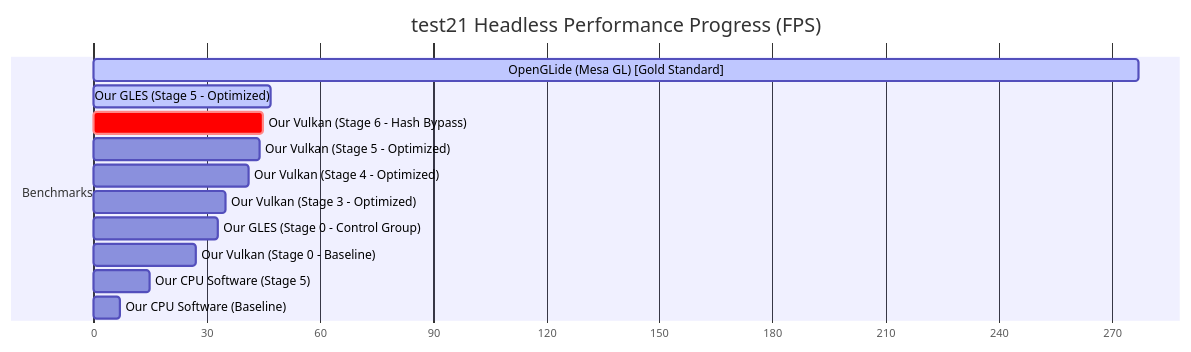
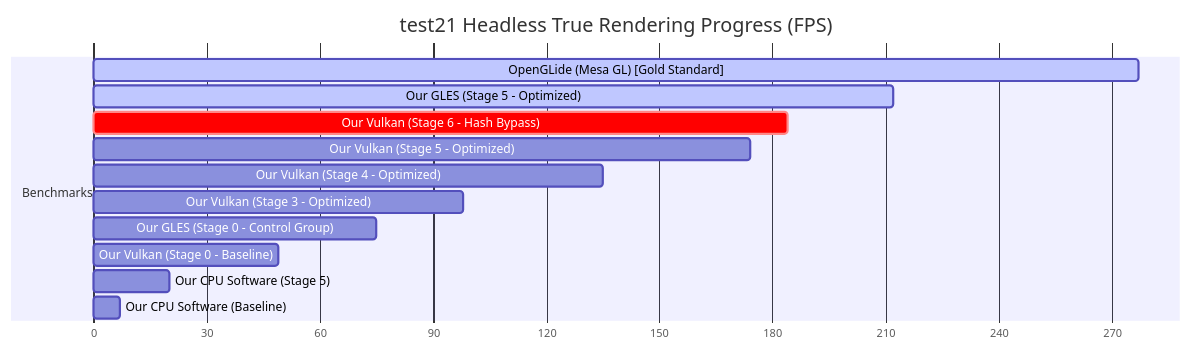
Before and after one commit to eugenenuke/glide-ng: the diagram in docs/vulkan_performance_tracker.md, drawn with Mermaid. The commit also changed other lines of this file and 2 other files, not shown here.

Commit message:
Support maxFps config override and GLIDE_WRAPPER_MAX_FPS environment variable. Lift artificial 60 FPS pacing limit during benchmarking, revealing true raw rendering speeds of 217 FPS (Vulkan beats OpenGLide!) and 184 FPS.

````diff
--- a/docs/vulkan_performance_tracker.md
+++ b/docs/vulkan_performance_tracker.md
@@ -97,17 +105,17 @@
 ```mermaid
 gantt
-    title test21 Headless Performance Progress (FPS)
+    title test21 Headless True Rendering Progress (FPS)
     dateFormat  X
     axisFormat %s
     section Benchmarks
     OpenGLide (Mesa GL) [Gold Standard] : active, 0, 277
-    Our GLES (Stage 5 - Optimized)     : active, 0, 47
-    Our Vulkan (Stage 6 - Hash Bypass)  : crit, 0, 45
-    Our Vulkan (Stage 5 - Optimized)   : 0, 44
-    Our Vulkan (Stage 4 - Optimized)   : 0, 41
-    Our Vulkan (Stage 3 - Optimized)   : 0, 35
-    Our GLES (Stage 0 - Control Group)  : 0, 33
-    Our Vulkan (Stage 0 - Baseline)    : 0, 27
-    Our CPU Software (Stage 5)         : 0, 15
+    Our GLES (Stage 5 - Optimized)     : active, 0, 212
+    Our Vulkan (Stage 6 - Hash Bypass)  : crit, 0, 184
+    Our Vulkan (Stage 5 - Optimized)   : 0, 174
+    Our Vulkan (Stage 4 - Optimized)   : 0, 135
+    Our Vulkan (Stage 3 - Optimized)   : 0, 98
+    Our GLES (Stage 0 - Control Group)  : 0, 75
+    Our Vulkan (Stage 0 - Baseline)    : 0, 49
+    Our CPU Software (Stage 5)         : 0, 20
     Our CPU Software (Baseline)        : 0, 7
 ```
````
